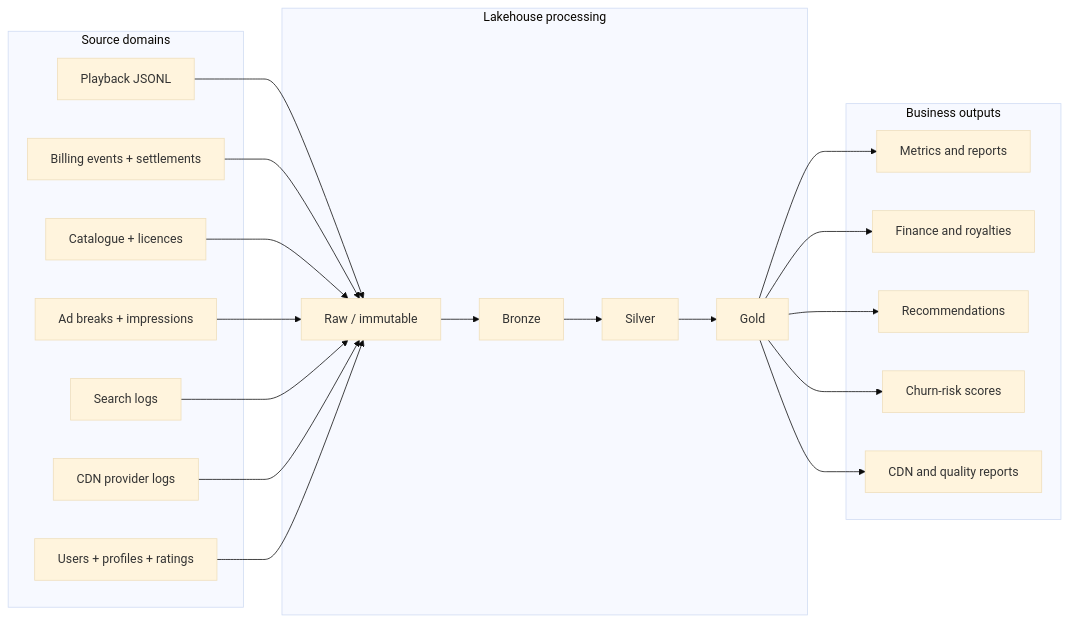
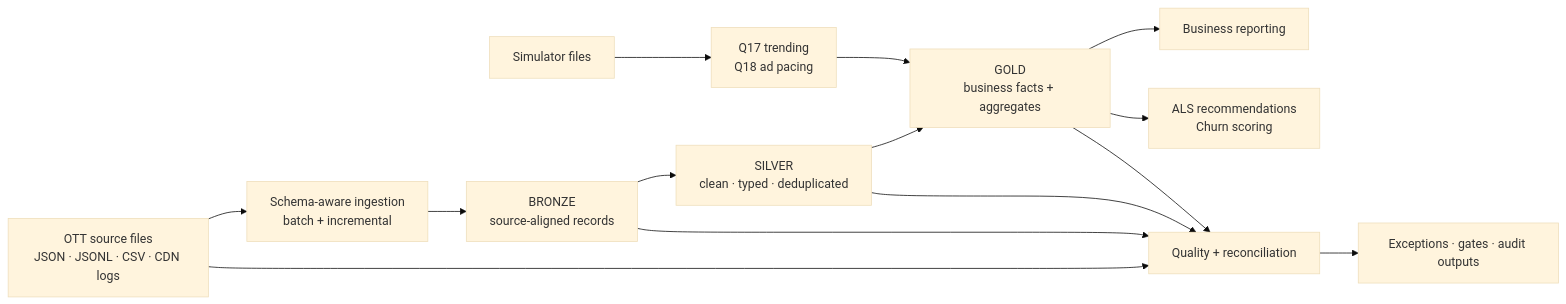
Before and after one commit to Er-Ishan-Srivastav/StreamBharat: the first of 2 diagrams in README.md, drawn with Mermaid (base theme). The commit also changed other lines of this file and 12 other files, not shown here.

````diff
--- a/README.md
+++ b/README.md
@@ -58,38 +58,16 @@
-```mermaid
+~~~mermaid
 flowchart LR
-    subgraph Sources["Source domains"]
-      P["Playback JSONL"]
-      B["Billing events + settlements"]
-      C["Catalogue + licences"]
-      A["Ad breaks + impressions"]
-      S["Search logs"]
-      D["CDN provider logs"]
-      U["Users + profiles + ratings"]
-    end
-    subgraph Lakehouse["Lakehouse processing"]
-      R["Raw / immutable"]
-      BR["Bronze"]
-      SI["Silver"]
-      GO["Gold"]
-    end
-    subgraph Consumers["Business outputs"]
-      BI["Metrics and reports"]
-      FIN["Finance and royalties"]
-      REC["Recommendations"]
-      CH["Churn-risk scores"]
-      OPS["CDN and quality reports"]
-    end
-    P --> R
-    B --> R
-    C --> R
-    A --> R
-    S --> R
-    D --> R
-    U --> R
-    R --> BR --> SI --> GO
-    GO --> BI
-    GO --> FIN
-    GO --> REC
-    GO --> CH
-    GO --> OPS
-```
+    SRC["OTT source files<br/>JSON · JSONL · CSV · CDN logs"] --> ING["Schema-aware ingestion<br/>batch + incremental"]
+    ING --> BR["BRONZE<br/>source-aligned records"]
+    BR --> SI["SILVER<br/>clean · typed · deduplicated"]
+    SI --> GO["GOLD<br/>business facts + aggregates"]
+    GO --> BI["Business reporting"]
+    GO --> ML["ALS recommendations<br/>Churn scoring"]
+    SRC --> Q["Quality + reconciliation"]
+    BR --> Q
+    SI --> Q
+    GO --> Q
+    Q --> OUT["Exceptions · gates · audit outputs"]
+    SIM["Simulator files"] --> RT["Q17 trending<br/>Q18 ad pacing"]
+    RT --> GO
+~~~
````
